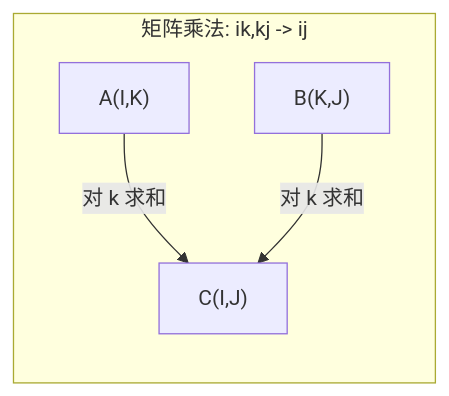
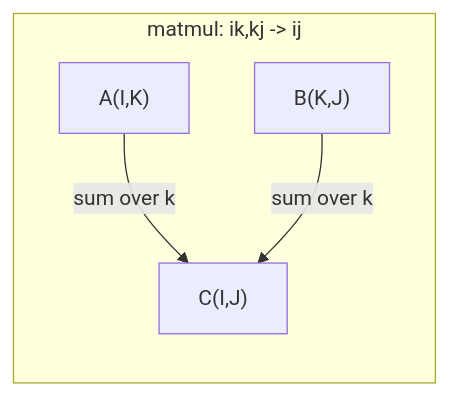
The fourth of 4 diagrams in i18n/zh/phases/01-math-foundations/12-tensor-operations/docs/zh.md (xiaojiaenen/ai-engineering-from-scratch-zh), drawn with Mermaid before and after one commit. The commit also changed other lines of this file and 22 other files, not shown here.

````diff
--- a/i18n/zh/phases/01-math-foundations/12-tensor-operations/docs/zh.md
+++ b/i18n/zh/phases/01-math-foundations/12-tensor-operations/docs/zh.md
@@ -94,7 +94,7 @@
 ```mermaid
 graph LR
-    subgraph "矩阵乘法: ik,kj -> ij"
-        A["A(I,K)"] --> |"对 k 求和"| C["C(I,J)"]
-        B["B(K,J)"] --> |"对 k 求和"| C
+    subgraph "matmul: ik,kj -> ij"
+        A["A(I,K)"] --> |"sum over k"| C["C(I,J)"]
+        B["B(K,J)"] --> |"sum over k"| C
     end
 ```
````
